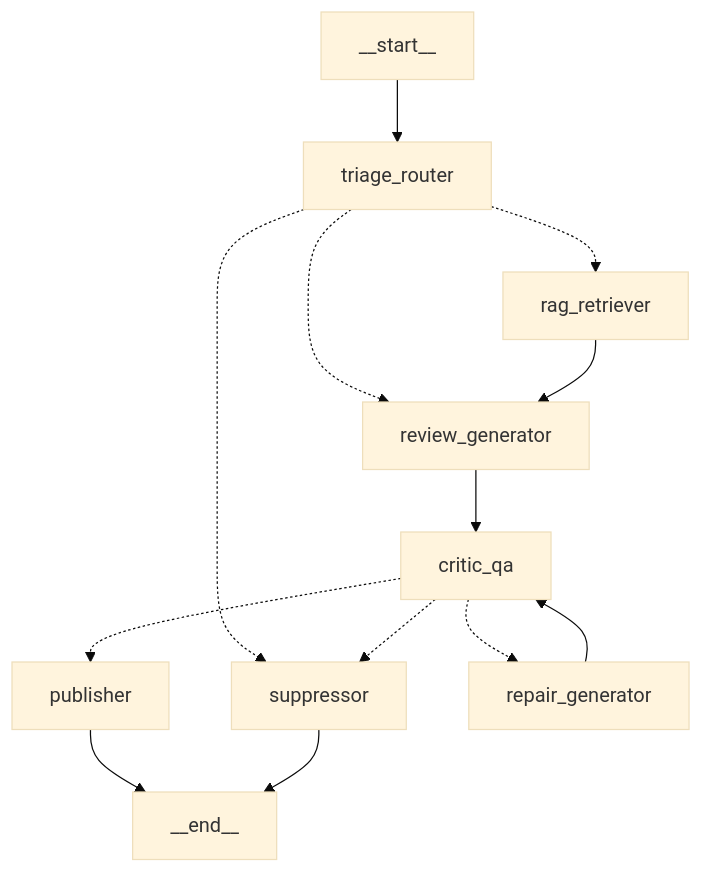
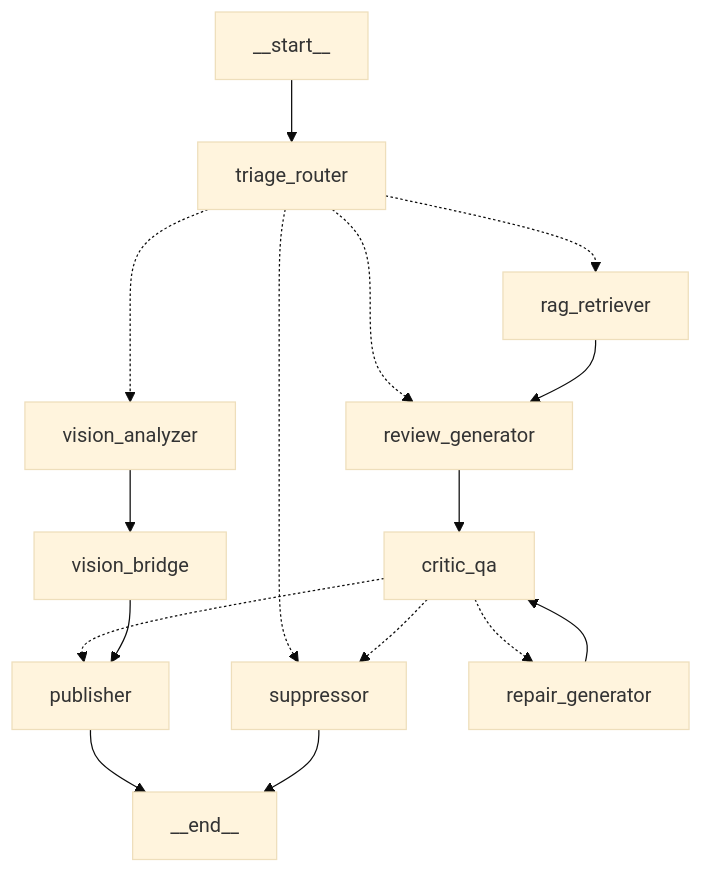
One commit to iashu2k/self-improving-multimodal-code-review changed the diagram in README.md. Above: the diagram before and after it, drawn with Mermaid (base theme). The commit also changed other lines of this file and 28 other files, not shown here.

````diff
--- a/README.md
+++ b/README.md
@@ -138,15 +149,18 @@
 ```mermaid
 graph TD;
     __start__ --> triage_router;
     triage_router -.-> rag_retriever;
     triage_router -.-> review_generator;
+    triage_router -.-> vision_analyzer;
     triage_router -.-> suppressor;
     rag_retriever --> review_generator;
     review_generator --> critic_qa;
     critic_qa -.-> publisher;
     critic_qa -.-> repair_generator;
     critic_qa -.-> suppressor;
     repair_generator --> critic_qa;
+    vision_analyzer --> vision_bridge;
+    vision_bridge --> publisher;
     publisher --> __end__;
     suppressor --> __end__;
 ```
````
